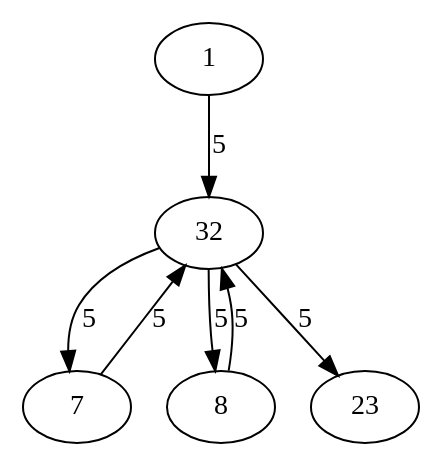
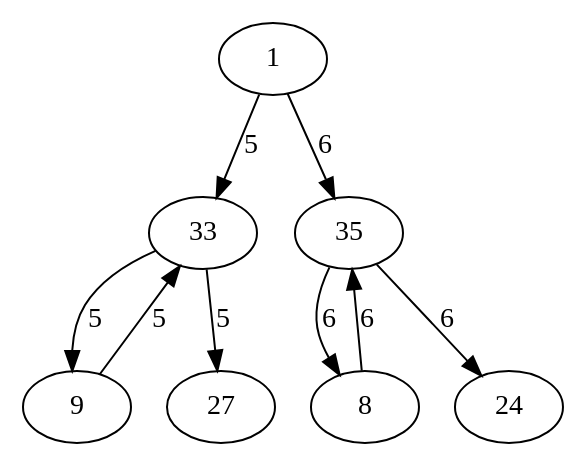
Before and after one commit to Giovannibriglia/epistemic_rl: the diagram in examples/goal_tree.dot, drawn with Graphviz. The commit also changed 3 other files, not shown here.

```diff
--- a/examples/goal_tree.dot
+++ b/examples/goal_tree.dot
@@ -1,8 +1,10 @@
 digraph G {
-  1 -> 32 [label="5"];
-  32 -> 7 [label="5"];
-  7 -> 32 [label="5"];
-  32 -> 8 [label="5"];
-  8 -> 32 [label="5"];
-  32 -> 23 [label="5"];
+  1 -> 33 [label="5"];
+  33 -> 9 [label="5"];
+  9 -> 33 [label="5"];
+  33 -> 27 [label="5"];
+  1 -> 35 [label="6"];
+  35 -> 8 [label="6"];
+  8 -> 35 [label="6"];
+  35 -> 24 [label="6"];
 }
```
